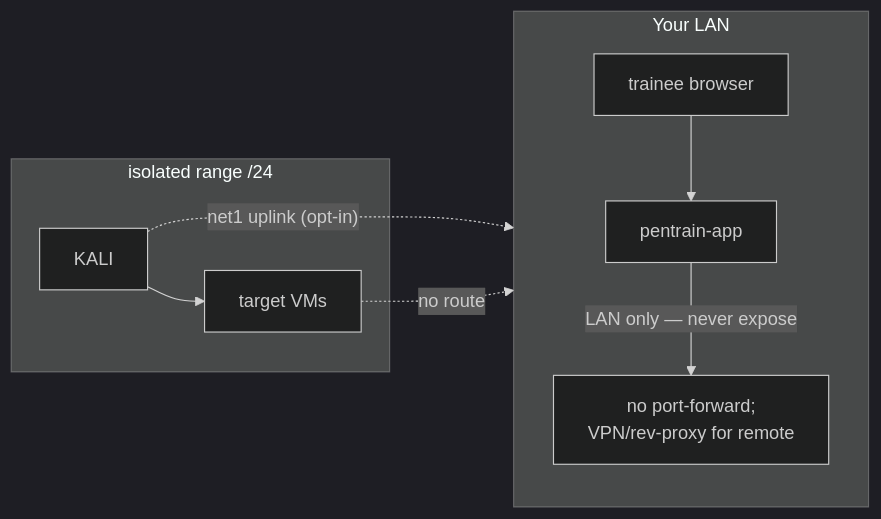
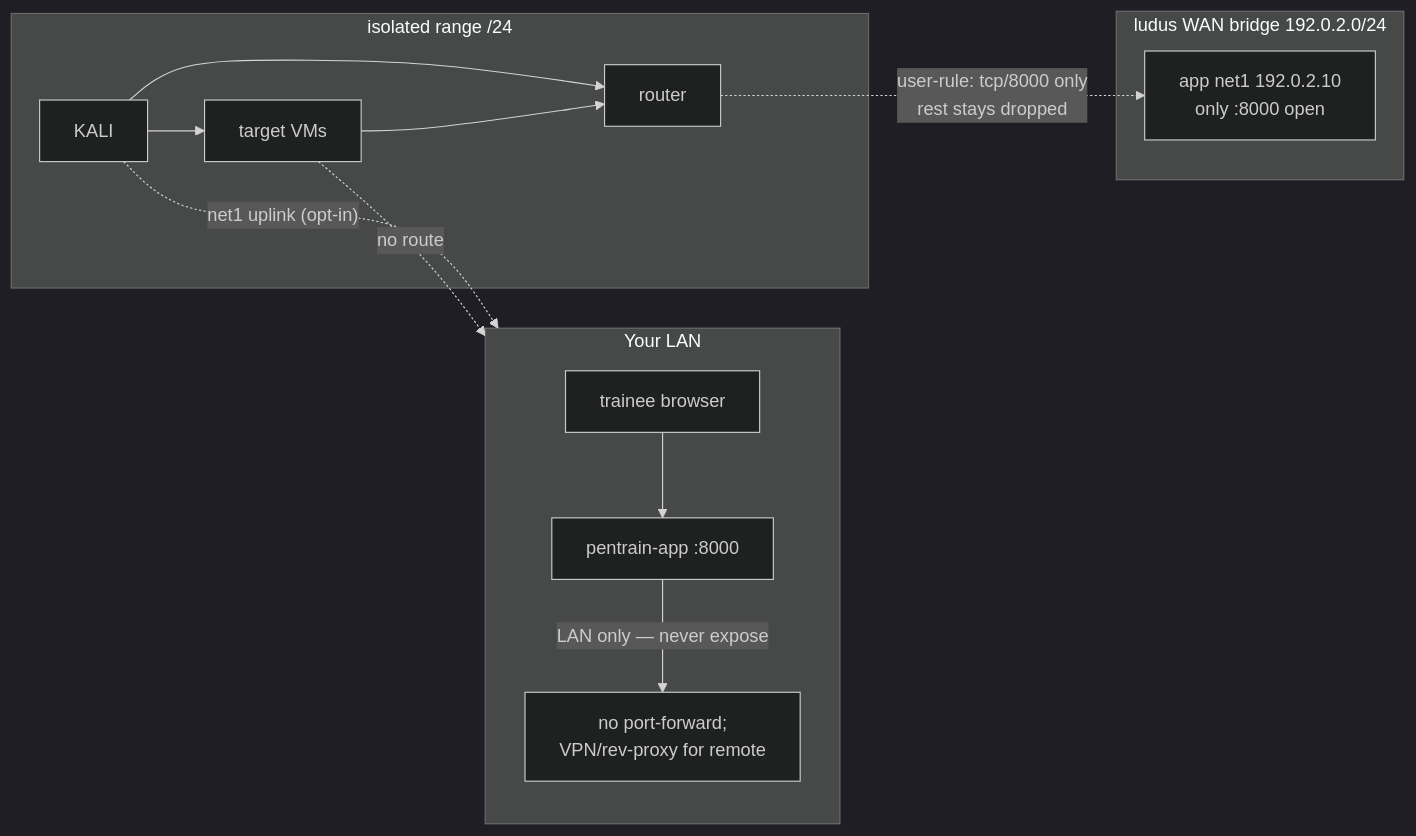
One commit to maxk2222/pentrAIn changed the ninth of 9 diagrams in docs/architecture.md. Above: the diagram before and after it, drawn with Mermaid (dark theme). The commit also changed other lines of this file and 12 other files, not shown here.

First line of the commit message:
feat(net): dedicated range→platform control plane — telemetry+terminal without kali_internet

````diff
--- a/docs/architecture.md
+++ b/docs/architecture.md
@@ -275,12 +282,17 @@
 ```mermaid
 flowchart LR
     subgraph LAN["Your LAN"]
-        USER[trainee browser] --> APP[pentrain-app]
+        USER[trainee browser] --> APP["pentrain-app :8000"]
         APP -->|LAN only — never expose| WARN["no port-forward;<br/>VPN/rev-proxy for remote"]
+    end
+    subgraph WAN["ludus WAN bridge 192.0.2.0/24"]
+        APPW["app net1 192.0.2.10<br/>only :8000 open"]
     end
     subgraph Range["isolated range /24"]
         KALI --> T[target VMs]
+        KALI & T --> GW[router]
     end
+    GW -. "user-rule: tcp/8000 only<br/>rest stays dropped" .-> APPW
     KALI -. "net1 uplink (opt-in)" .-> LAN
     T -.->|no route| LAN
 ```
````
